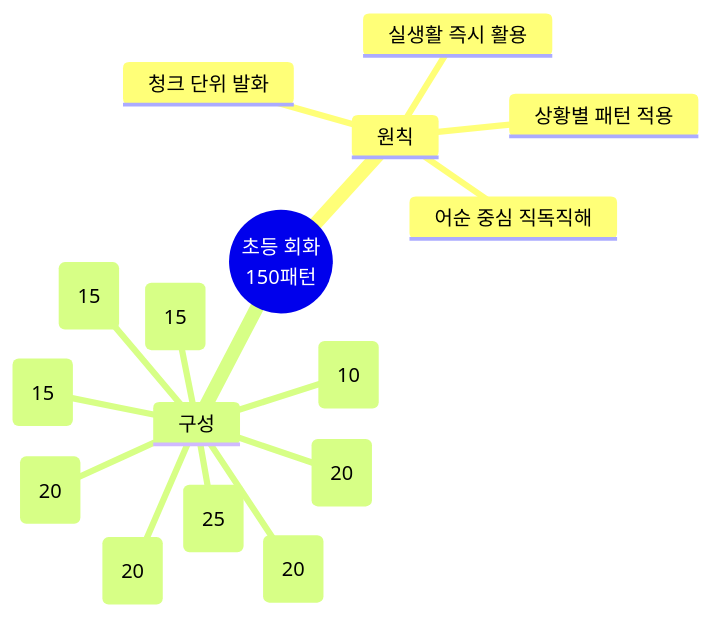
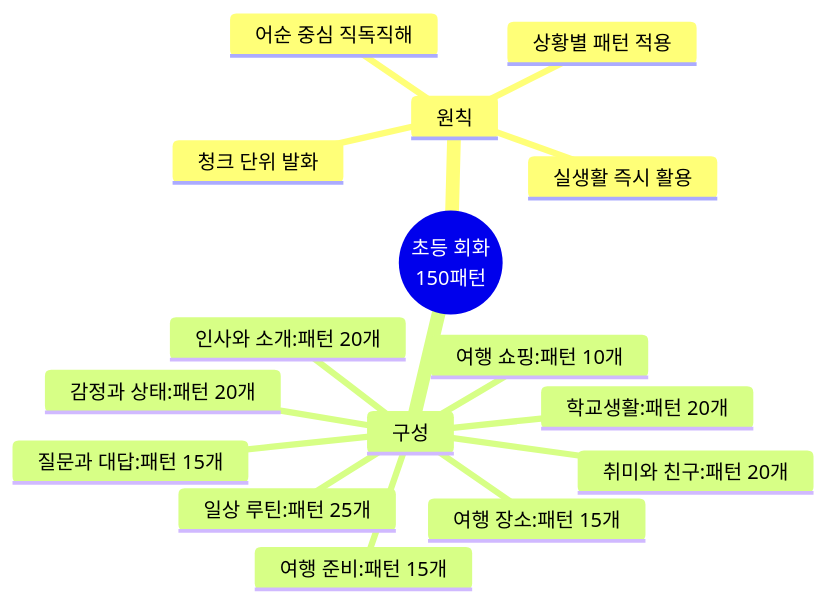
One commit to Collegenie-X/AI-English changed the first of 13 diagrams in 영어_일상_회화/전설의_2_초등_회화_150패턴.md. Above: the diagram before and after it, drawn with Mermaid. The commit also changed other lines of this file and 26 other files, not shown here.

````diff
--- a/영어_일상_회화/전설의_2_초등_회화_150패턴.md
+++ b/영어_일상_회화/전설의_2_초등_회화_150패턴.md
@@ -7,19 +7,19 @@
 ```mermaid
 mindmap
   root((초등 회화<br/>150패턴))
     원칙
       청크 단위 발화
       어순 중심 직독직해
       상황별 패턴 적용
       실생활 즉시 활용
     구성
-      인사와 소개 (20)
-      감정과 상태 (20)
-      일상 루틴 (25)
-      학교생활 (20)
-      취미와 친구 (20)
-      여행 준비 (15)
-      여행 장소 (15)
-      여행 쇼핑 (10)
-      질문과 대답 (15)
+      인사와 소개:패턴 20개
+      감정과 상태:패턴 20개
+      일상 루틴:패턴 25개
+      학교생활:패턴 20개
+      취미와 친구:패턴 20개
+      여행 준비:패턴 15개
+      여행 장소:패턴 15개
+      여행 쇼핑:패턴 10개
+      질문과 대답:패턴 15개
 ```
````
